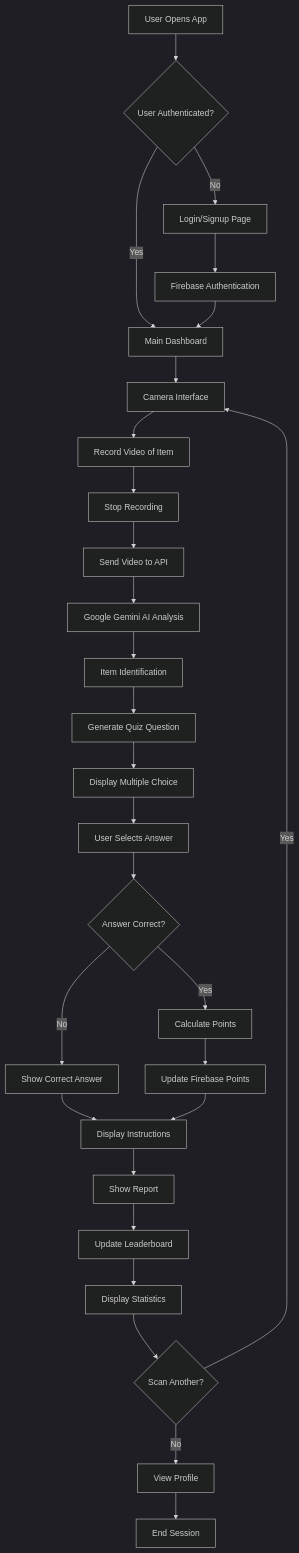
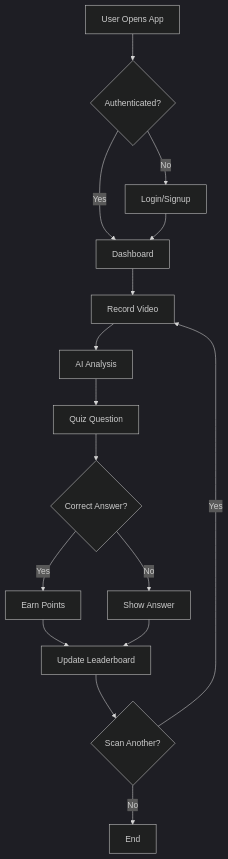
Before and after one commit to redhatsam09/dev-hack: the diagram in README.md, drawn with Mermaid (dark theme).

Commit message:
docs: Simplify and compact Mermaid workflow diagram
- Reduced diagram from 31 nodes to 13 nodes for better readability
- Simplified node labels to essential information only
- Consolidated related processes into single steps
- Streamlined decision points and flow logic
- Significantly reduced vertical space usage in README

````diff
--- a/README.md
+++ b/README.md
@@ -28,39 +28,18 @@
 ```mermaid
 graph TD
-    A[User Opens App] --> B{User Authenticated?}
-    B -->|No| C[Login/Signup Page]
-    B -->|Yes| D[Main Dashboard]
-    
-    C --> E[Firebase Authentication]
-    E --> D
-    
-    D --> F[Camera Interface]
-    F --> G[Record Video of Item]
-    G --> H[Stop Recording]
-    
-    H --> I[Send Video to API]
-    I --> J[Google Gemini AI Analysis]
-    J --> K[Item Identification]
-    
-    K --> L[Generate Quiz Question]
-    L --> M[Display Multiple Choice]
-    M --> N[User Selects Answer]
-    
-    N --> O{Answer Correct?}
-    O -->|Yes| P[Calculate Points]
-    O -->|No| Q[Show Correct Answer]
-    
-    P --> R[Update Firebase Points]
-    Q --> S[Display Instructions]
-    R --> S
-    
-    S --> T[Show Report]
-    T --> U[Update Leaderboard]
-    U --> V[Display Statistics]
-    
-    V --> W{Scan Another?}
-    W -->|Yes| F
-    W -->|No| X[View Profile]
-    
-    X --> Y[End Session]
+    A[User Opens App] --> B{Authenticated?}
+    B -->|No| C[Login/Signup]
+    B -->|Yes| D[Dashboard]
+    C --> D
+    D --> E[Record Video]
+    E --> F[AI Analysis]
+    F --> G[Quiz Question]
+    G --> H{Correct Answer?}
+    H -->|Yes| I[Earn Points]
+    H -->|No| J[Show Answer]
+    I --> K[Update Leaderboard]
+    J --> K
+    K --> L{Scan Another?}
+    L -->|Yes| E
+    L -->|No| M[End]
 ```
````
